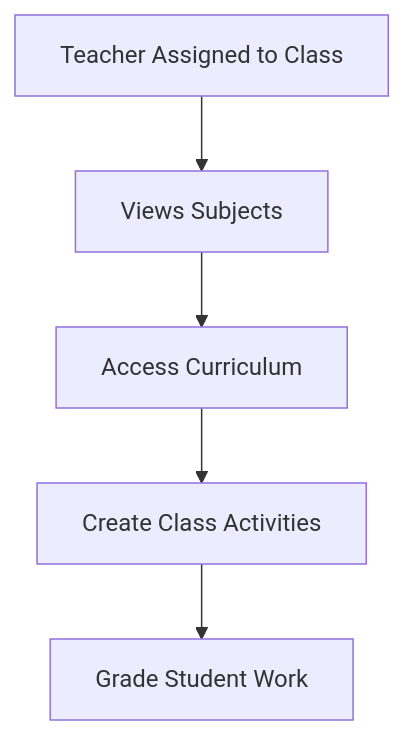
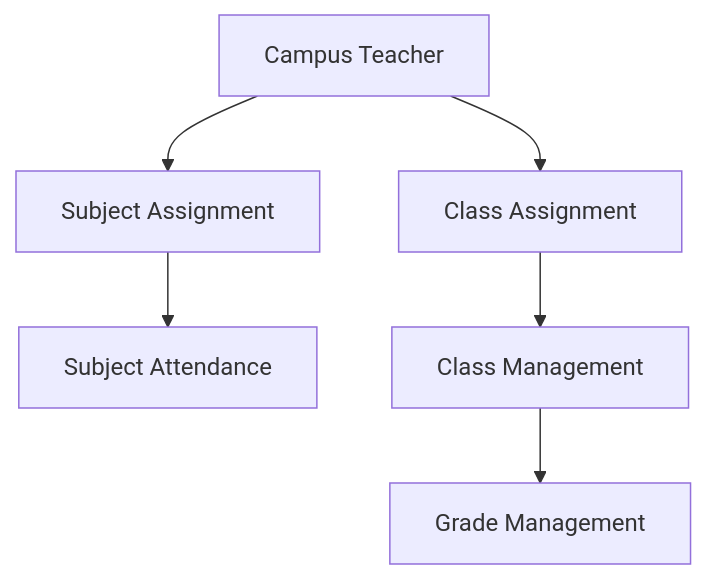
One commit to Tekmindlabs/LXP-16-02-25-campus changed the third of 5 diagrams in Campus implimenttaion folow.md. Above: the diagram before and after it, drawn with Mermaid. The commit also changed other lines of this file and 14 other files, not shown here.

````diff
--- a/Campus implimenttaion folow.md
+++ b/Campus implimenttaion folow.md
@@ -137,7 +65,8 @@
 ```mermaid
 graph TD
-    A[Teacher Assigned to Class] --> B[Views Subjects]
-    B --> C[Access Curriculum]
-    C --> D[Create Class Activities]
-    D --> E[Grade Student Work]
+    A[Campus Teacher] --> B[Subject Assignment]
+    A --> C[Class Assignment]
+    B --> D[Subject Attendance]
+    C --> E[Class Management]
+    E --> F[Grade Management]
 ```
````
